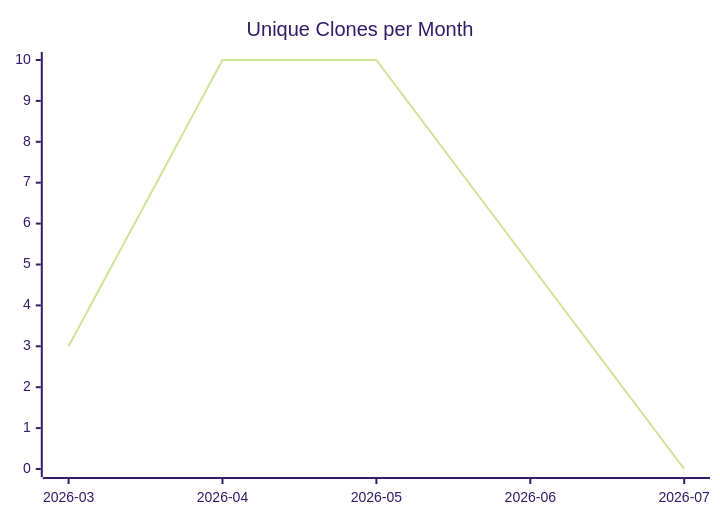
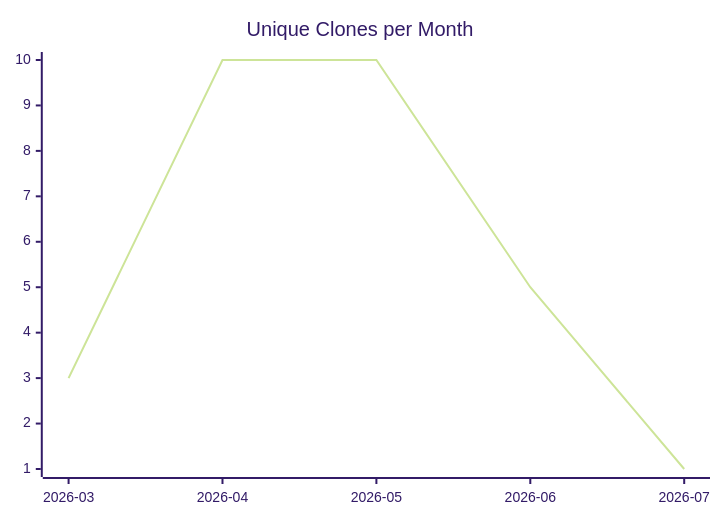
One commit to justdavis-family/github-analytics-data changed the third of 3 diagrams in karlmdavis/can-i-kayak-baltimore/README.md. Above: the diagram before and after it, drawn with Mermaid (forest theme). The commit also changed other lines of this file and 188 other files, not shown here.

````diff
--- a/karlmdavis/can-i-kayak-baltimore/README.md
+++ b/karlmdavis/can-i-kayak-baltimore/README.md
@@ -19,6 +19,6 @@
 ```mermaid
 xychart-beta
   title "Unique Clones per Month"
   x-axis ["2026-03", "2026-04", "2026-05", "2026-06", "2026-07"]
-  line [3, 10, 10, 5, 0]
+  line [3, 10, 10, 5, 1]
 ```
````
